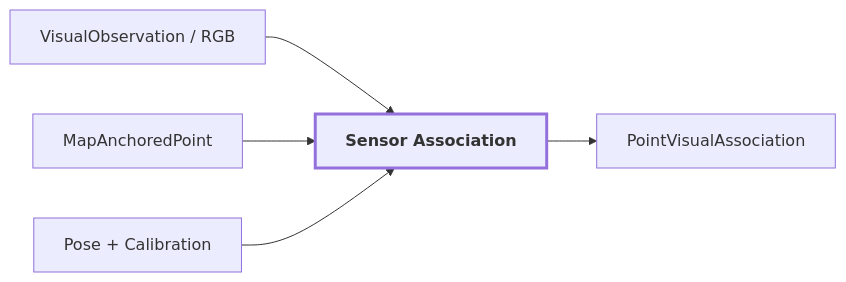
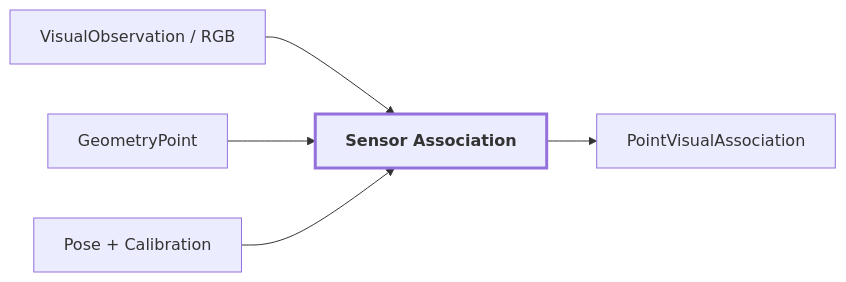
The diagram in docs/17-sensor-association.md (Alexandre-Tortoza/contextual-3d-mapping), drawn with Mermaid before and after one commit. The commit also changed other lines of this file, not shown here.

````diff
--- a/docs/17-sensor-association.md
+++ b/docs/17-sensor-association.md
@@ -5,8 +5,8 @@
 ```mermaid
 flowchart LR
     A["VisualObservation / RGB"] --> D["Sensor Association"]:::current
-    B["MapAnchoredPoint"] --> D
+    B["GeometryPoint"] --> D
     C["Pose + Calibration"] --> D
     D --> E["PointVisualAssociation"]
     classDef current stroke-width:3px,font-weight:bold;
 ```
````
